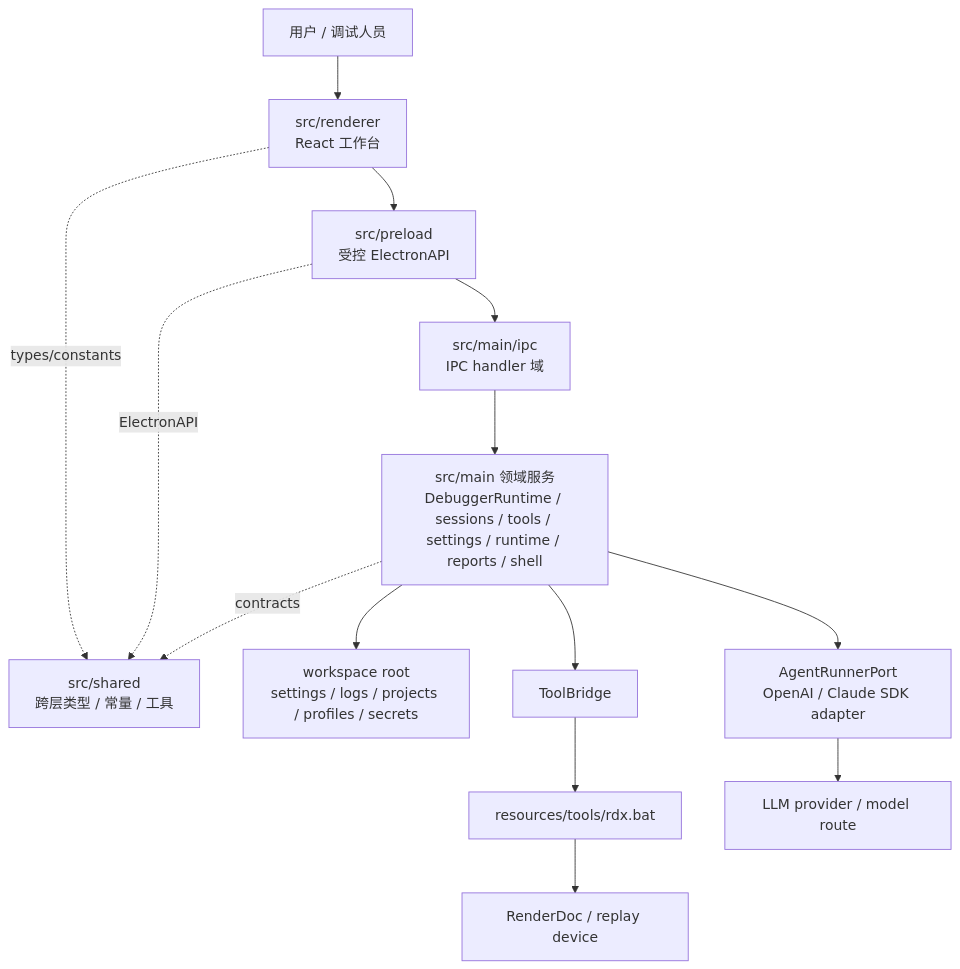
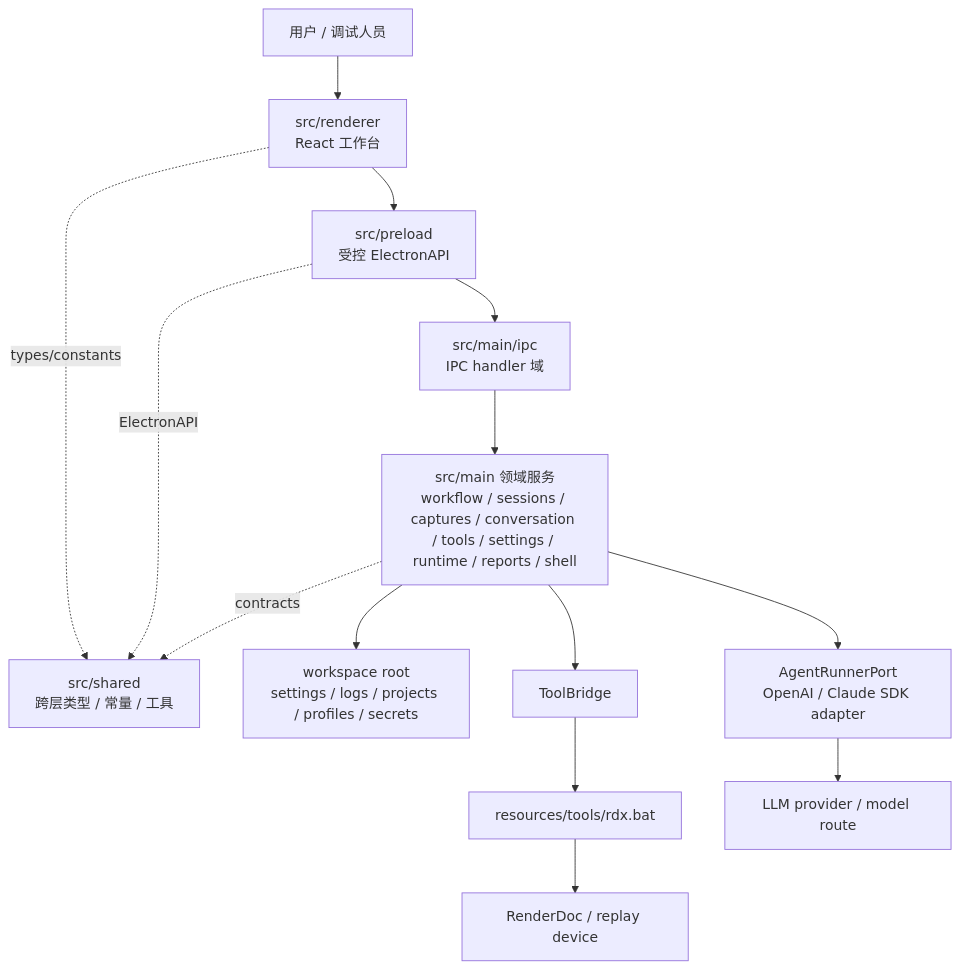
Before and after one commit to haolange/RDC-Agent: the first of 2 diagrams in docs/architecture/overview.md, drawn with Mermaid. The commit also changed other lines of this file and 180 other files, not shown here.

````diff
--- a/docs/architecture/overview.md
+++ b/docs/architecture/overview.md
@@ -7,29 +7,29 @@
 ```mermaid
 flowchart TB
   User["用户 / 调试人员"]
   Renderer["src/renderer<br/>React 工作台"]
   Preload["src/preload<br/>受控 ElectronAPI"]
   IPC["src/main/ipc<br/>IPC handler 域"]
-  MainDomains["src/main 领域服务<br/>DebuggerRuntime / sessions / tools / settings / runtime / reports / shell"]
+  MainDomains["src/main 领域服务<br/>workflow / sessions / captures / conversation / tools / settings / runtime / reports / shell"]
   Shared["src/shared<br/>跨层类型 / 常量 / 工具"]
   Workspace["workspace root<br/>settings / logs / projects / profiles / secrets"]
   ToolBridge["ToolBridge"]
   RdxBat["resources/tools/rdx.bat"]
   RenderDoc["RenderDoc / replay device"]
   AgentRunner["AgentRunnerPort<br/>OpenAI / Claude SDK adapter"]
   LLM["LLM provider / model route"]
 
   User --> Renderer
   Renderer --> Preload
   Preload --> IPC
   IPC --> MainDomains
   Renderer -. "types/constants" .-> Shared
   Preload -. "ElectronAPI" .-> Shared
   MainDomains -. "contracts" .-> Shared
   MainDomains --> Workspace
   MainDomains --> AgentRunner
   AgentRunner --> LLM
   MainDomains --> ToolBridge
   ToolBridge --> RdxBat
   RdxBat --> RenderDoc
 ```
````
